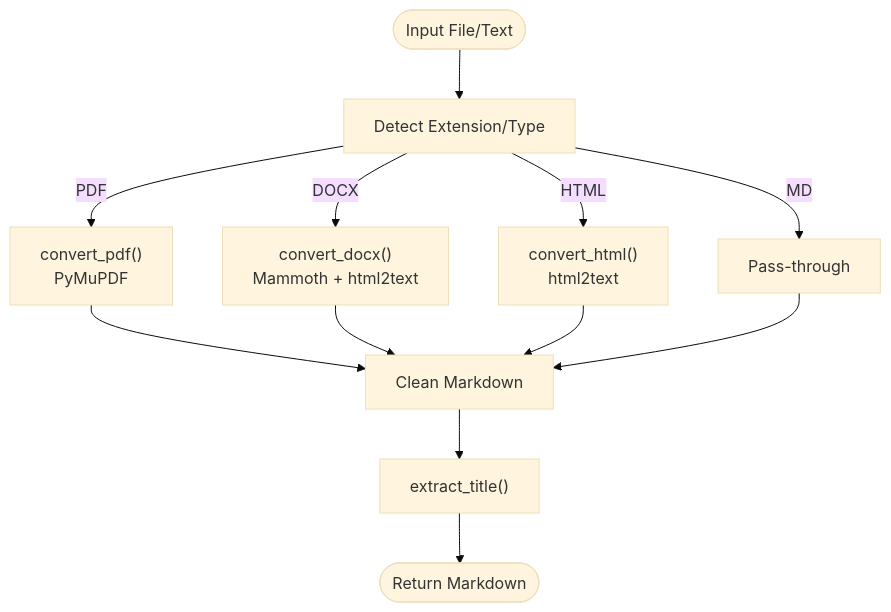
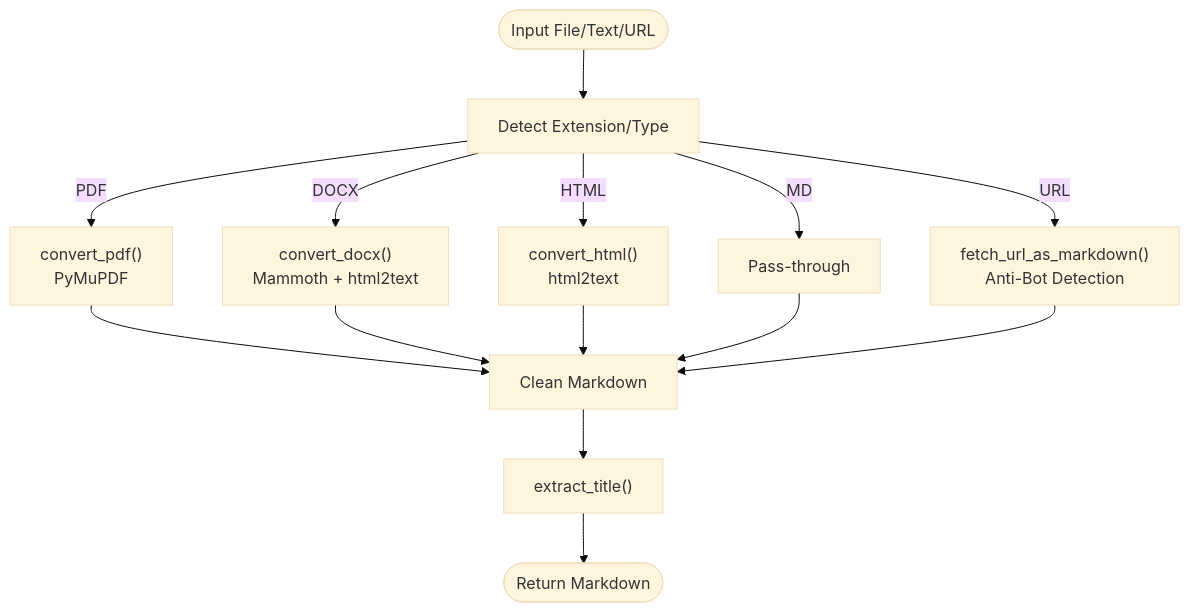
The fifth of 17 diagrams in .qoder/repowiki/en/content/Frontend Application/Article Presentation System/Article Presentation System.md (PolarisW007/PolaZhenJing), drawn with Mermaid (base theme) before and after one commit. The commit also changed other lines of this file and 333 other files, not shown here.

````diff
--- a/.qoder/repowiki/en/content/Frontend Application/Article Presentation System/Article Presentation System.md
+++ b/.qoder/repowiki/en/content/Frontend Application/Article Presentation System/Article Presentation System.md
@@ -275,14 +289,16 @@
 ```mermaid
 flowchart TD
-In(["Input File/Text"]) --> Detect["Detect Extension/Type"]
+In(["Input File/Text/URL"]) --> Detect["Detect Extension/Type"]
 Detect --> |PDF| PDFConv["convert_pdf()<br/>PyMuPDF"]
 Detect --> |DOCX| DocxConv["convert_docx()<br/>Mammoth + html2text"]
 Detect --> |HTML| HtmlConv["convert_html()<br/>html2text"]
 Detect --> |MD| MdPass["Pass-through"]
+Detect --> |URL| UrlFetch["fetch_url_as_markdown()<br/>Anti-Bot Detection"]
 PDFConv --> OutMd["Clean Markdown"]
 DocxConv --> OutMd
 HtmlConv --> OutMd
 MdPass --> OutMd
+UrlFetch --> OutMd
 OutMd --> Title["extract_title()"]
 Title --> End(["Return Markdown"])
 ```
````
